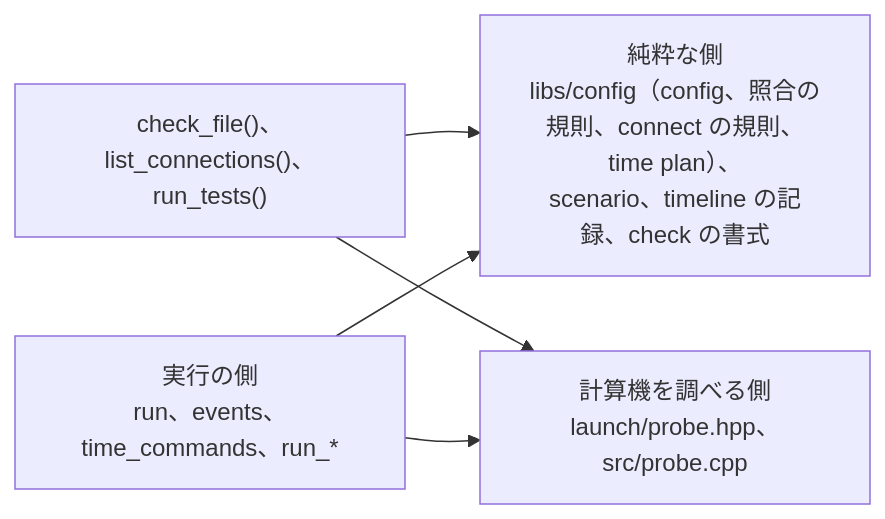
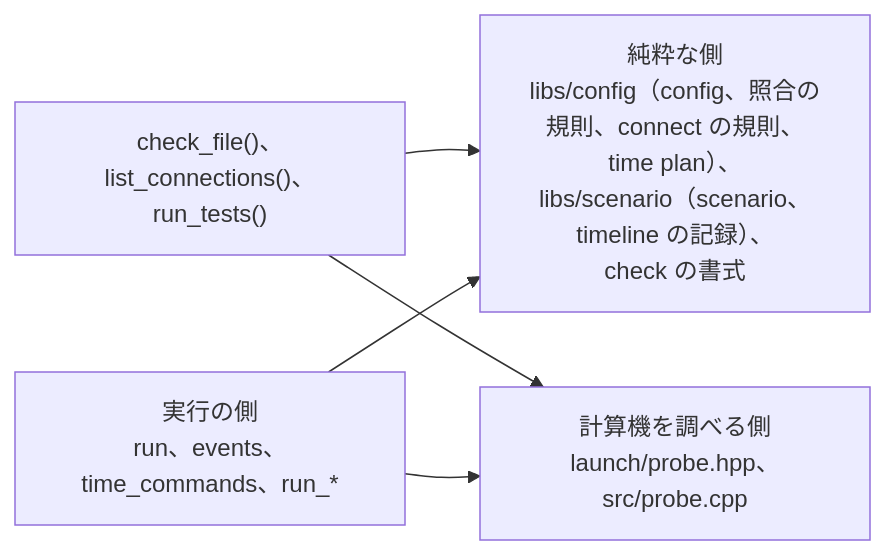
One commit to rahanahu/vehicle-sil changed the second of 3 diagrams in docs/ja/architecture.md. Above: the diagram before and after it, drawn with Mermaid. The commit also changed other lines of this file and 58 other files, not shown here.

First line of the commit message:
build: split the scenario into libs/scenario (#289)

````diff
--- a/docs/ja/architecture.md
+++ b/docs/ja/architecture.md
@@ -220,11 +221,11 @@
 ```mermaid
 flowchart LR
-    pure["純粋な側<br>libs/config（config、照合の規則、connect の規則、time plan）、<br>scenario、timeline の記録、check の書式"]
+    pure["純粋な側<br>libs/config（config、照合の規則、connect の規則、time plan）、<br>libs/scenario（scenario、timeline の記録）、<br>check の書式"]
     assemble["check_file()、list_connections()、run_tests()"]
     probe["計算機を調べる側<br>launch/probe.hpp、src/probe.cpp"]
     run["実行の側<br>run、events、time_commands、run_*"]
     assemble --> pure
     assemble --> probe
     run --> pure
     run --> probe
 ```
````
